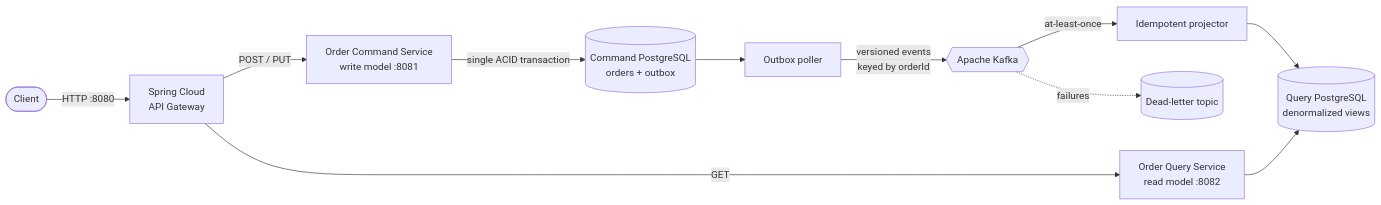
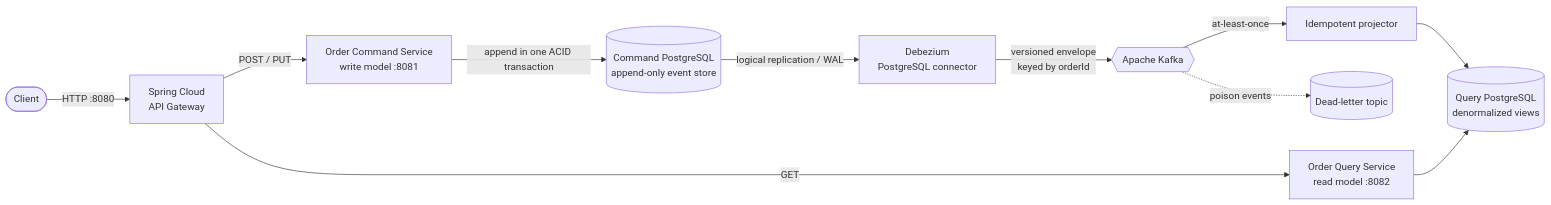
Before and after one commit to karacsonybarni/event-sourced-cqrs-microservices: the diagram in README.md, drawn with Mermaid. The commit also changed other lines of this file and 42 other files, not shown here.

Commit message:
feat: adopt event sourcing with Debezium CDC

````diff
--- a/README.md
+++ b/README.md
@@ -13,14 +14,14 @@
 ```mermaid
 flowchart LR
     Client([Client]) -->|HTTP :8080| Gateway[Spring Cloud<br/>API Gateway]
     Gateway -->|POST / PUT| Command[Order Command Service<br/>write model :8081]
     Gateway -->|GET| Query[Order Query Service<br/>read model :8082]
 
-    Command -->|single ACID transaction| CommandDB[(Command PostgreSQL<br/>orders + outbox)]
-    CommandDB --> Publisher[Outbox poller]
-    Publisher -->|versioned events<br/>keyed by orderId| Kafka{{Apache Kafka}}
+    Command -->|append in one ACID transaction| EventStore[(Command PostgreSQL<br/>append-only event store)]
+    EventStore -->|logical replication / WAL| Debezium[Debezium<br/>PostgreSQL connector]
+    Debezium -->|versioned envelope<br/>keyed by orderId| Kafka{{Apache Kafka}}
     Kafka -->|at-least-once| Projector[Idempotent projector]
     Projector --> QueryDB[(Query PostgreSQL<br/>denormalized views)]
     Query --> QueryDB
-    Kafka -. failures .-> DLT[(Dead-letter topic)]
+    Kafka -. poison events .-> DLT[(Dead-letter topic)]
 ```
````
